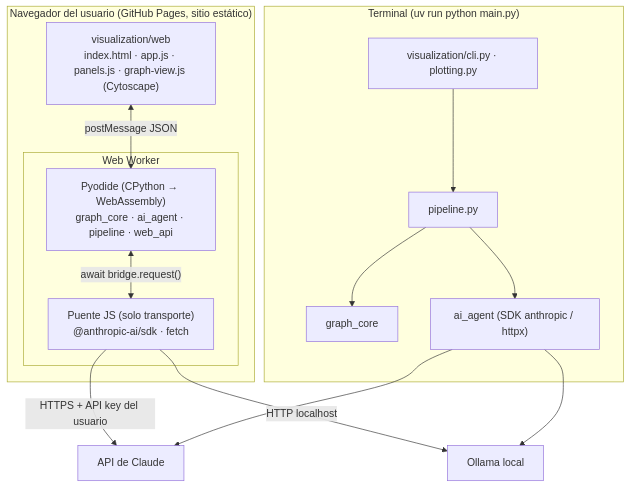
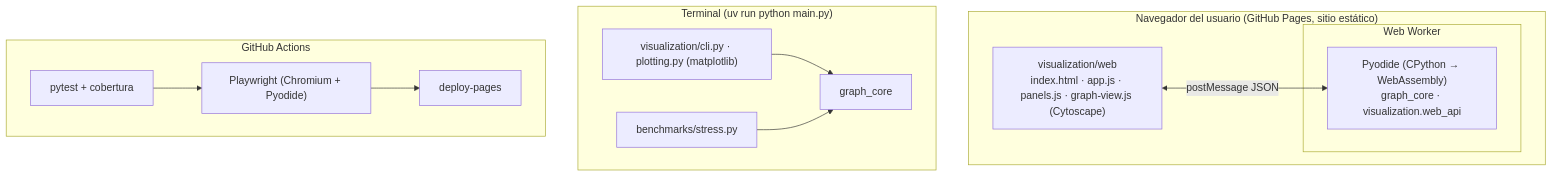
The first of 2 diagrams in docs/ARQUITECTURA.md (Djch18AtSchool/graph-resource-planner), drawn with Mermaid before and after one commit. The commit also changed other lines of this file and 59 other files, not shown here.

````diff
--- a/docs/ARQUITECTURA.md
+++ b/docs/ARQUITECTURA.md
@@ -10,21 +31,17 @@
 ```mermaid
 flowchart TB
     subgraph Navegador["Navegador del usuario (GitHub Pages, sitio estático)"]
       UI["visualization/web<br/>index.html · app.js · panels.js · graph-view.js (Cytoscape)"]
       subgraph Worker["Web Worker"]
-        PY["Pyodide (CPython → WebAssembly)<br/>graph_core · ai_agent · pipeline · web_api"]
-        BR["Puente JS (solo transporte)<br/>@anthropic-ai/sdk · fetch"]
+        PY["Pyodide (CPython → WebAssembly)<br/>graph_core · visualization.web_api"]
       end
       UI <-->|postMessage JSON| PY
-      PY <-->|"await bridge.request()"| BR
     end
-    BR -->|HTTPS + API key del usuario| CL["API de Claude"]
-    BR -->|HTTP localhost| OL["Ollama local"]
     subgraph Terminal["Terminal (uv run python main.py)"]
-      CLI["visualization/cli.py · plotting.py"] --> PIPE["pipeline.py"]
-      PIPE --> GC["graph_core"]
-      PIPE --> AG["ai_agent (SDK anthropic / httpx)"]
+      CLI["visualization/cli.py · plotting.py (matplotlib)"] --> GC["graph_core"]
+      ST["benchmarks/stress.py"] --> GC
     end
-    AG --> CL
-    AG --> OL
+    subgraph CI["GitHub Actions"]
+      TEST["pytest + cobertura"] --> E2E["Playwright (Chromium + Pyodide)"] --> DEP["deploy-pages"]
+    end
 ```
````
